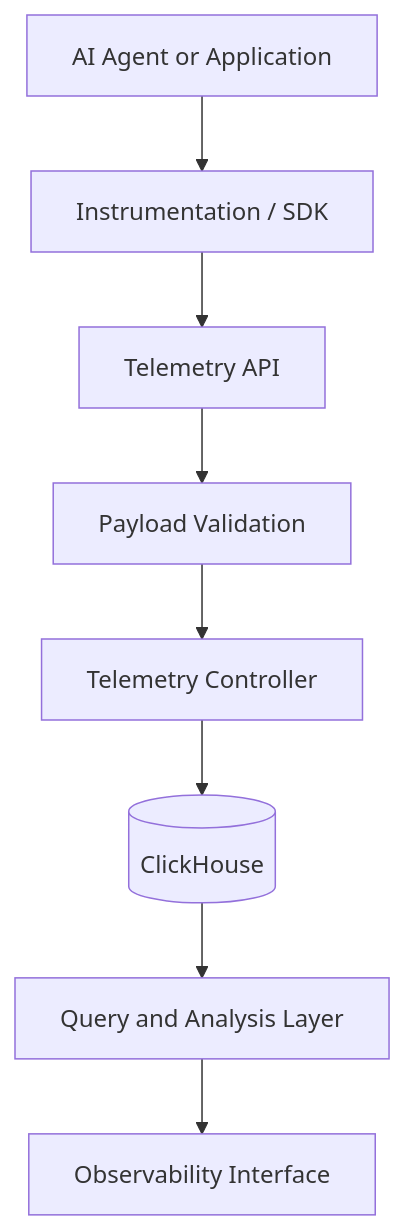
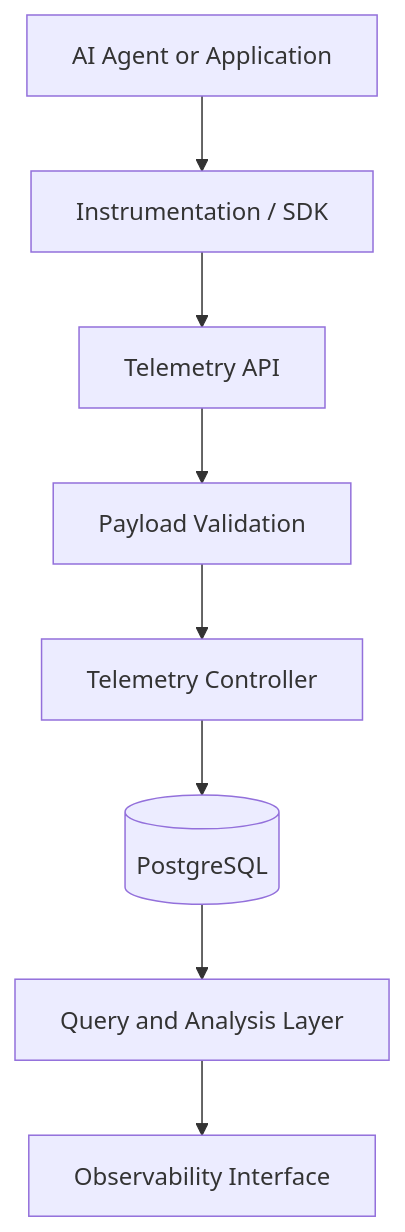
Before and after one commit to Devrithm-Labs/ASI-Telemetry: the diagram in README.md, drawn with Mermaid. The commit also changed other lines of this file and 75 other files, not shown here.

````diff
--- a/README.md
+++ b/README.md
@@ -79,10 +79,10 @@
 ```mermaid
 flowchart TD
     A[AI Agent or Application] --> B[Instrumentation / SDK]
     B --> C[Telemetry API]
     C --> D[Payload Validation]
     D --> E[Telemetry Controller]
-    E --> F[(ClickHouse)]
+    E --> F[(PostgreSQL)]
     F --> G[Query and Analysis Layer]
     G --> H[Observability Interface]
 ```
````
